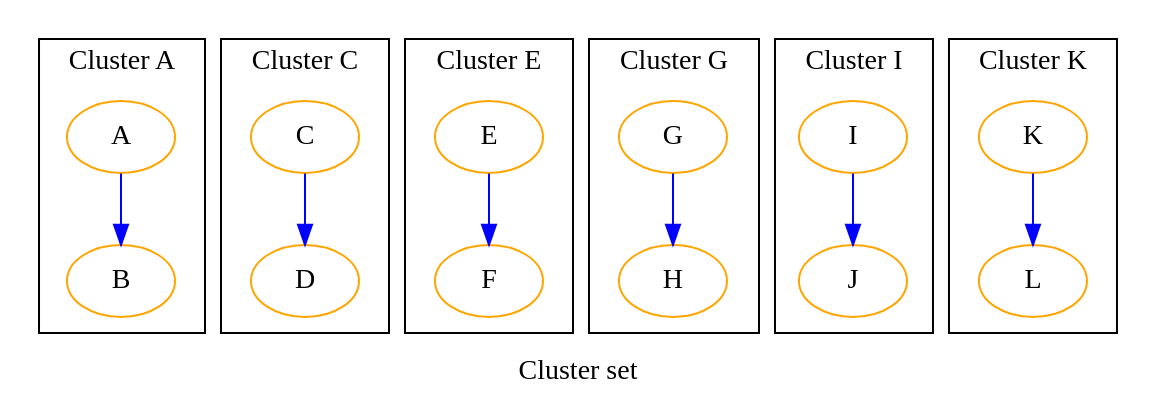
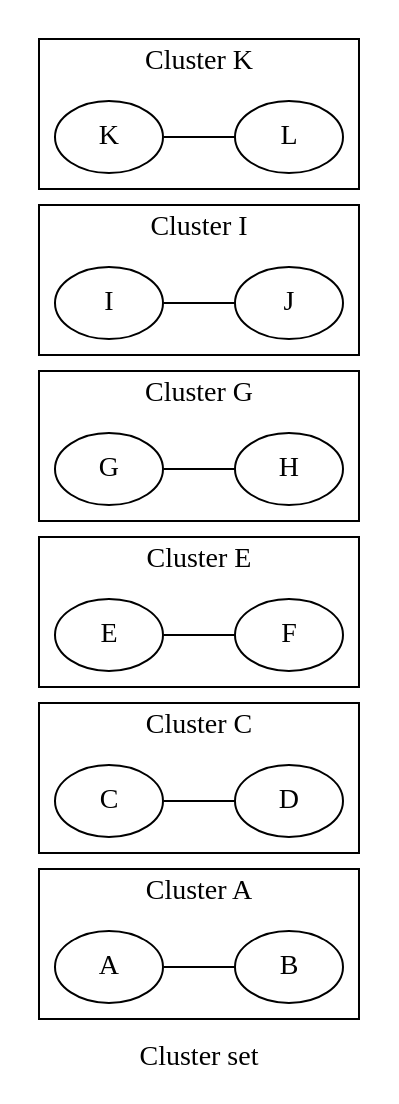
Before and after one commit to graphviz-perl/GraphViz2-Marpa-PathUtils: the diagram in data/13.clusters.out.gv, drawn with Graphviz. The commit also changed 18 other files, not shown here.

Commit message:
Get find_clusters working with new GraphViz2::Marpa

```diff
--- a/data/13.clusters.out.gv
+++ b/data/13.clusters.out.gv
@@ -1,72 +1,58 @@
-digraph syntax
+graph Perl
 {
-graph [ label="Cluster set" rankdir="TB" ]
-node [ color="orange" ]
-edge [ color="blue" ]
+graph [ label="Cluster set" rankdir="LR" ]
 
 subgraph "cluster A"
 {
-graph [ label="Cluster A" rankdir="TB" ]
-node [ color="orange" ]
-edge [ color="blue" ]
+graph [ label="Cluster A" rankdir="LR" ]
 
 "A"
 "B"
-"A" -> "B" [ label="" ]
+"A" -- "B" [ label="" ]
 }
 
 subgraph "cluster C"
 {
-graph [ label="Cluster C" rankdir="TB" ]
-node [ color="orange" ]
-edge [ color="blue" ]
+graph [ label="Cluster C" rankdir="LR" ]
 
 "C"
 "D"
-"C" -> "D" [ label="" ]
+"C" -- "D" [ label="" ]
 }
 
 subgraph "cluster E"
 {
-graph [ label="Cluster E" rankdir="TB" ]
-node [ color="orange" ]
-edge [ color="blue" ]
+graph [ label="Cluster E" rankdir="LR" ]
 
 "E"
 "F"
-"E" -> "F" [ label="" ]
+"E" -- "F" [ label="" ]
 }
 
 subgraph "cluster G"
 {
-graph [ label="Cluster G" rankdir="TB" ]
-node [ color="orange" ]
-edge [ color="blue" ]
+graph [ label="Cluster G" rankdir="LR" ]
 
 "G"
 "H"
-"G" -> "H" [ label="" ]
+"G" -- "H" [ label="" ]
 }
 
 subgraph "cluster I"
 {
-graph [ label="Cluster I" rankdir="TB" ]
-node [ color="orange" ]
-edge [ color="blue" ]
+graph [ label="Cluster I" rankdir="LR" ]
 
 "I"
 "J"
-"I" -> "J" [ label="" ]
+"I" -- "J" [ label="" ]
 }
 
 subgraph "cluster K"
 {
-graph [ label="Cluster K" rankdir="TB" ]
-node [ color="orange" ]
-edge [ color="blue" ]
+graph [ label="Cluster K" rankdir="LR" ]
 
 "K"
 "L"
-"K" -> "L" [ label="" ]
+"K" -- "L" [ label="" ]
 }
 }
```
